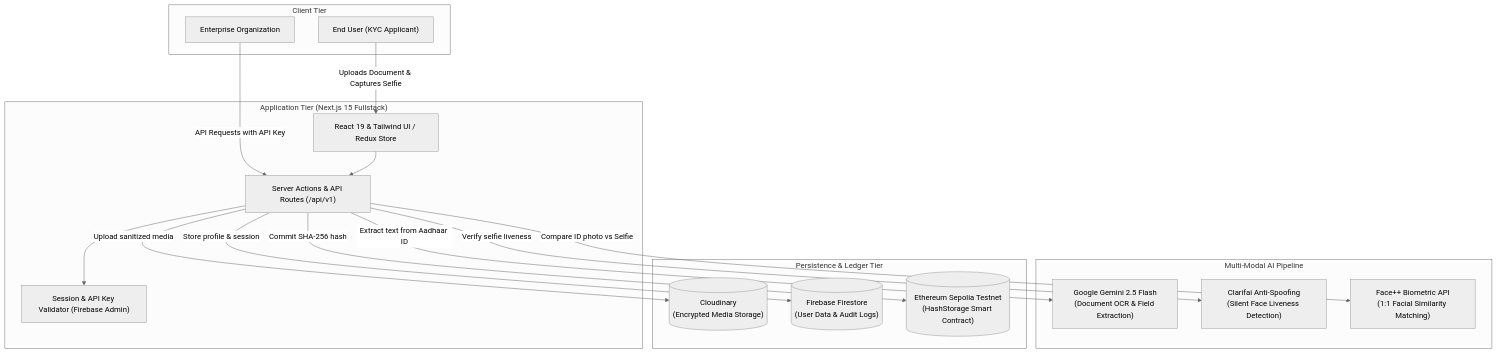
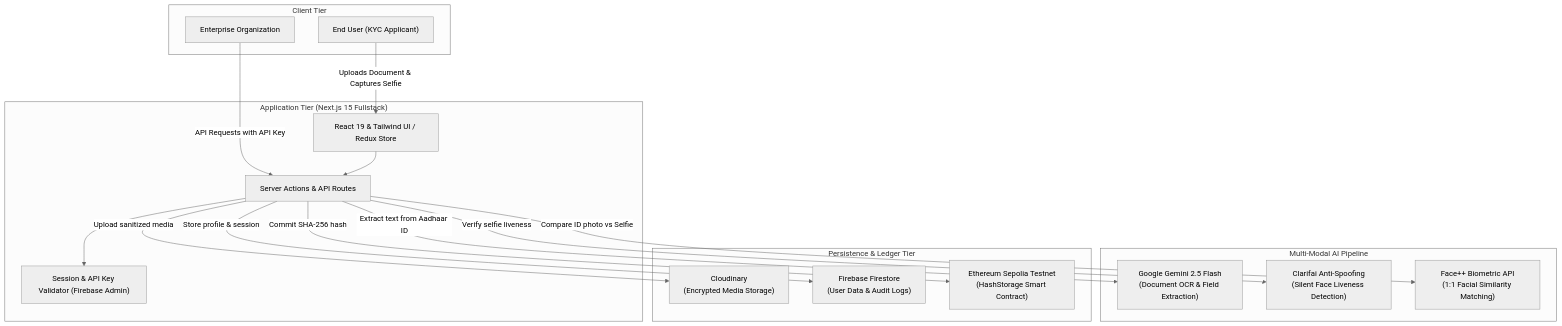
Before and after one commit to MdKaifSardar/HashTrust: the first of 3 diagrams in README.md, drawn with Mermaid (neutral theme). The commit also changed other lines of this file, not shown here.

Commit message:
docs: fix Mermaid diagram syntax for GitHub markdown rendering

````diff
--- a/README.md
+++ b/README.md
@@ -25,39 +25,39 @@
 ```mermaid
-graph TD
+flowchart TD
     subgraph Client["Client Tier"]
         U["End User (KYC Applicant)"]
         ORG["Enterprise Organization"]
     end
 
     subgraph AppServer["Application Tier (Next.js 15 Fullstack)"]
         UI["React 19 & Tailwind UI / Redux Store"]
-        SA["Server Actions & API Routes (/api/v1)"]
+        SA["Server Actions & API Routes"]
         AUTH["Session & API Key Validator (Firebase Admin)"]
     end
 
     subgraph AIEngines["Multi-Modal AI Pipeline"]
-        GEMINI["Google Gemini 2.5 Flash\n(Document OCR & Field Extraction)"]
-        CLARIFAI["Clarifai Anti-Spoofing\n(Silent Face Liveness Detection)"]
-        FACEPP["Face++ Biometric API\n(1:1 Facial Similarity Matching)"]
+        GEMINI["Google Gemini 2.5 Flash<br/>(Document OCR & Field Extraction)"]
+        CLARIFAI["Clarifai Anti-Spoofing<br/>(Silent Face Liveness Detection)"]
+        FACEPP["Face++ Biometric API<br/>(1:1 Facial Similarity Matching)"]
     end
 
     subgraph StorageLedger["Persistence & Ledger Tier"]
-        CLOUDINARY[("Cloudinary\n(Encrypted Media Storage)")]
-        FIRESTORE[("Firebase Firestore\n(User Data & Audit Logs)")]
-        SEPOLIA[("Ethereum Sepolia Testnet\n(HashStorage Smart Contract)")]
+        CLOUDINARY["Cloudinary<br/>(Encrypted Media Storage)"]
+        FIRESTORE["Firebase Firestore<br/>(User Data & Audit Logs)"]
+        SEPOLIA["Ethereum Sepolia Testnet<br/>(HashStorage Smart Contract)"]
     end
 
     U -->|Uploads Document & Captures Selfie| UI
     ORG -->|API Requests with API Key| SA
 
     UI --> SA
     SA --> AUTH
 
     SA -->|Extract text from Aadhaar ID| GEMINI
     SA -->|Verify selfie liveness| CLARIFAI
     SA -->|Compare ID photo vs Selfie| FACEPP
 
     SA -->|Upload sanitized media| CLOUDINARY
     SA -->|Store profile & session| FIRESTORE
     SA -->|Commit SHA-256 hash| SEPOLIA
 ```
````
